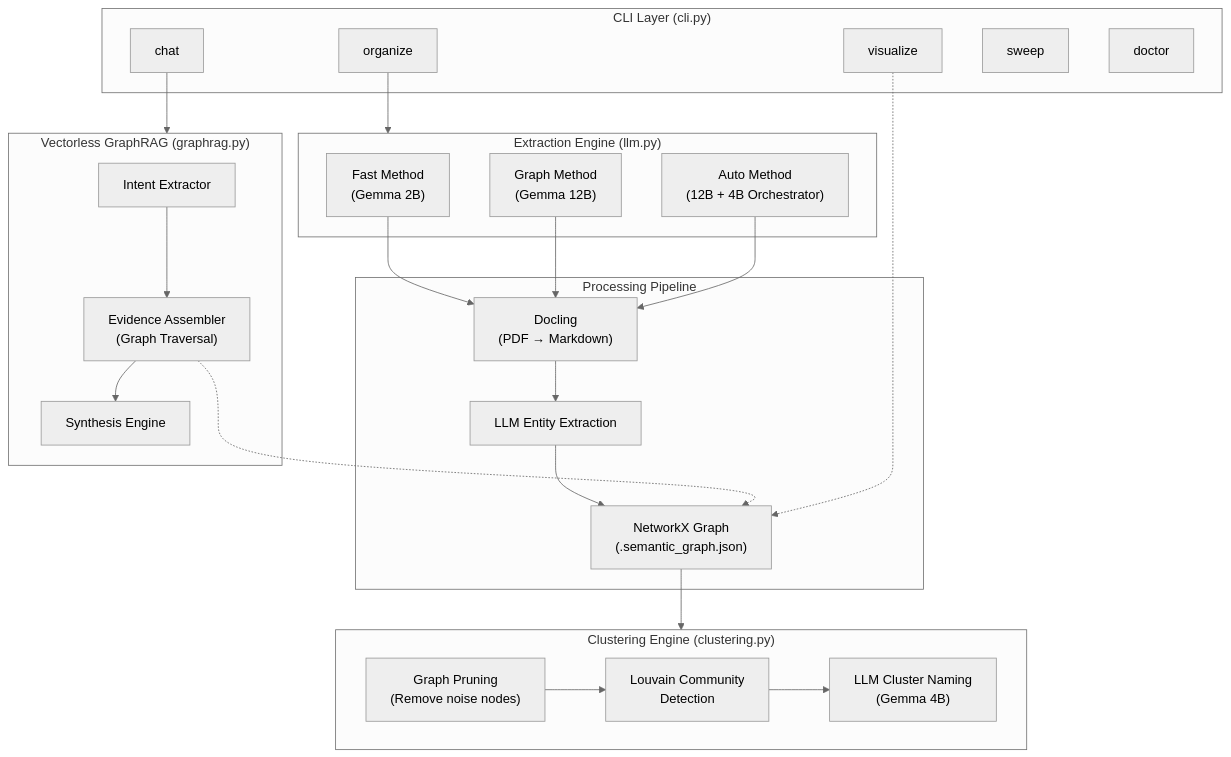
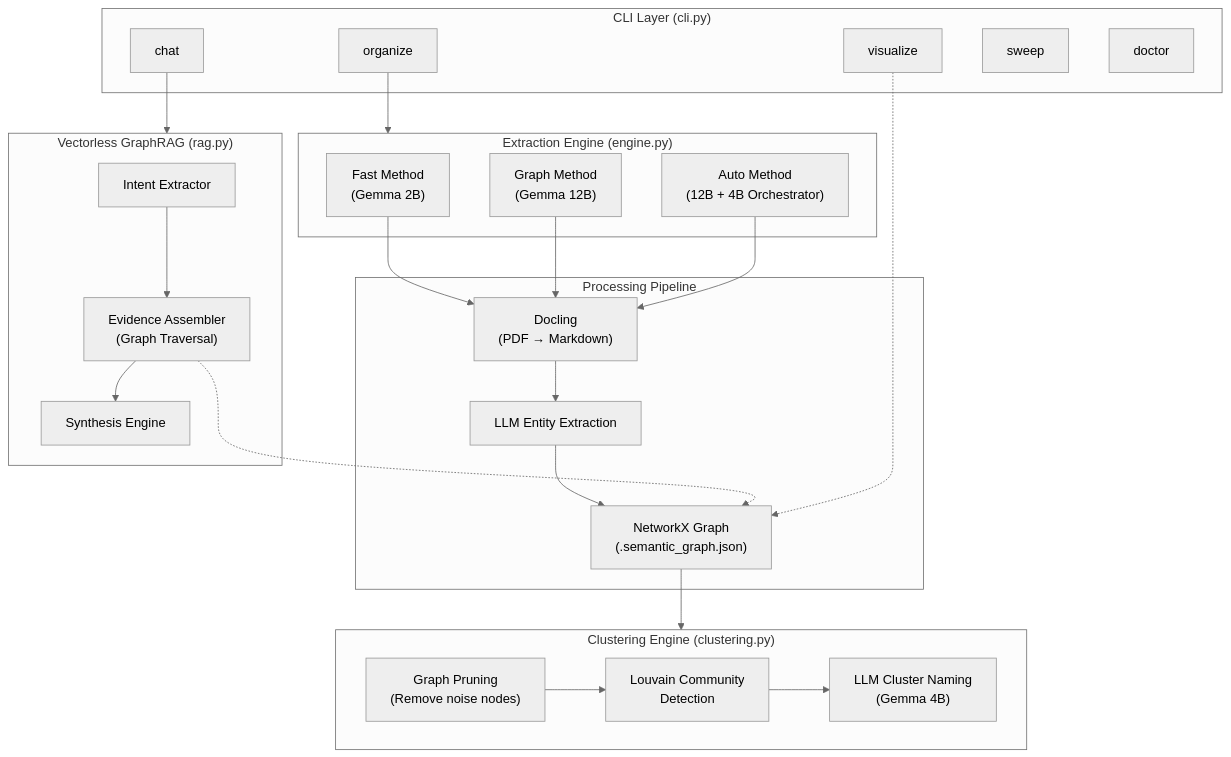
One commit to TheNobody-12/semantic-organizer changed the first of 2 diagrams in docs/architecture.md. Above: the diagram before and after it, drawn with Mermaid (neutral theme). The commit also changed other lines of this file and 2 other files, not shown here.

````diff
--- a/docs/architecture.md
+++ b/docs/architecture.md
@@ -25,47 +25,47 @@
 ```mermaid
 graph TB
     subgraph CLI["CLI Layer (cli.py)"]
         CMD_ORGANIZE["organize"]
         CMD_CHAT["chat"]
         CMD_VIS["visualize"]
         CMD_SWEEP["sweep"]
         CMD_DOCTOR["doctor"]
     end
 
-    subgraph EXTRACTION["Extraction Engine (llm.py)"]
+    subgraph EXTRACTION["Extraction Engine (engine.py)"]
         FAST["Fast Method\n(Gemma 2B)"]
         GRAPH["Graph Method\n(Gemma 12B)"]
         AUTO["Auto Method\n(12B + 4B Orchestrator)"]
     end
 
     subgraph PROCESSING["Processing Pipeline"]
         DOCLING["Docling\n(PDF → Markdown)"]
         LLM_CALL["LLM Entity Extraction"]
         GRAPH_DB["NetworkX Graph\n(.semantic_graph.json)"]
     end
 
     subgraph CLUSTERING["Clustering Engine (clustering.py)"]
         PRUNE["Graph Pruning\n(Remove noise nodes)"]
         LOUVAIN["Louvain Community\nDetection"]
         NAME["LLM Cluster Naming\n(Gemma 4B)"]
     end
 
-    subgraph RAG["Vectorless GraphRAG (graphrag.py)"]
+    subgraph RAG["Vectorless GraphRAG (rag.py)"]
         INTENT["Intent Extractor"]
         EVIDENCE["Evidence Assembler\n(Graph Traversal)"]
         SYNTH["Synthesis Engine"]
     end
 
     CMD_ORGANIZE --> EXTRACTION
     FAST --> DOCLING
     GRAPH --> DOCLING
     AUTO --> DOCLING
     DOCLING --> LLM_CALL
     LLM_CALL --> GRAPH_DB
     GRAPH_DB --> CLUSTERING
     PRUNE --> LOUVAIN --> NAME
     CMD_CHAT --> RAG
     INTENT --> EVIDENCE --> SYNTH
     EVIDENCE -.-> GRAPH_DB
     CMD_VIS -.-> GRAPH_DB
 ```
````
